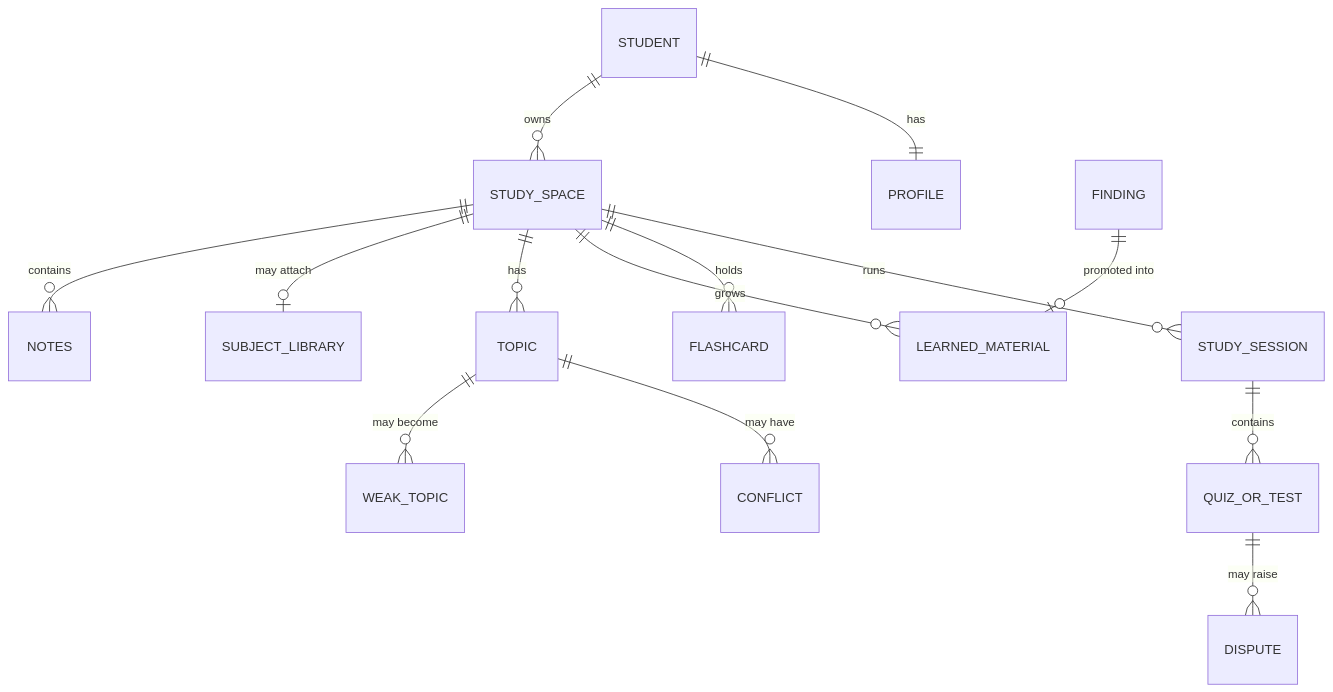
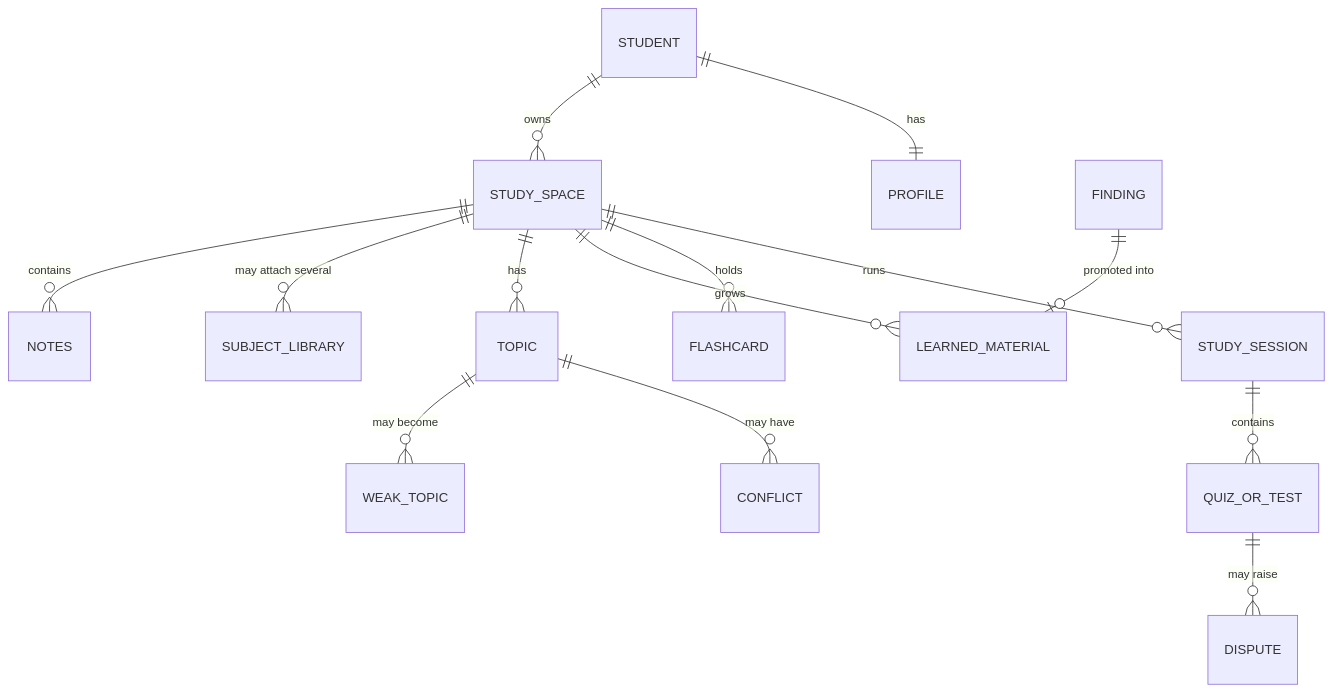
The diagram in docs/domain.md (cristimihailfilipgreenbay/jimmy), drawn with Mermaid before and after one commit. The commit also changed 3 other files, not shown here.

Commit message:
#6 [Backend] Library - Allow several textbooks per Study Space

````diff
--- a/docs/domain.md
+++ b/docs/domain.md
@@ -7,16 +7,16 @@
 ```mermaid
 erDiagram
     STUDENT ||--o{ STUDY_SPACE : owns
     STUDENT ||--|| PROFILE : has
     STUDY_SPACE ||--o{ NOTES : contains
-    STUDY_SPACE ||--o| SUBJECT_LIBRARY : "may attach"
+    STUDY_SPACE ||--o{ SUBJECT_LIBRARY : "may attach several"
     STUDY_SPACE ||--o{ TOPIC : has
     STUDY_SPACE ||--o{ LEARNED_MATERIAL : grows
     STUDY_SPACE ||--o{ FLASHCARD : holds
     STUDY_SPACE ||--o{ STUDY_SESSION : runs
     TOPIC ||--o{ WEAK_TOPIC : "may become"
     STUDY_SESSION ||--o{ QUIZ_OR_TEST : contains
     QUIZ_OR_TEST ||--o{ DISPUTE : "may raise"
     TOPIC ||--o{ CONFLICT : "may have"
     FINDING ||--o| LEARNED_MATERIAL : "promoted into"
 ```
````
